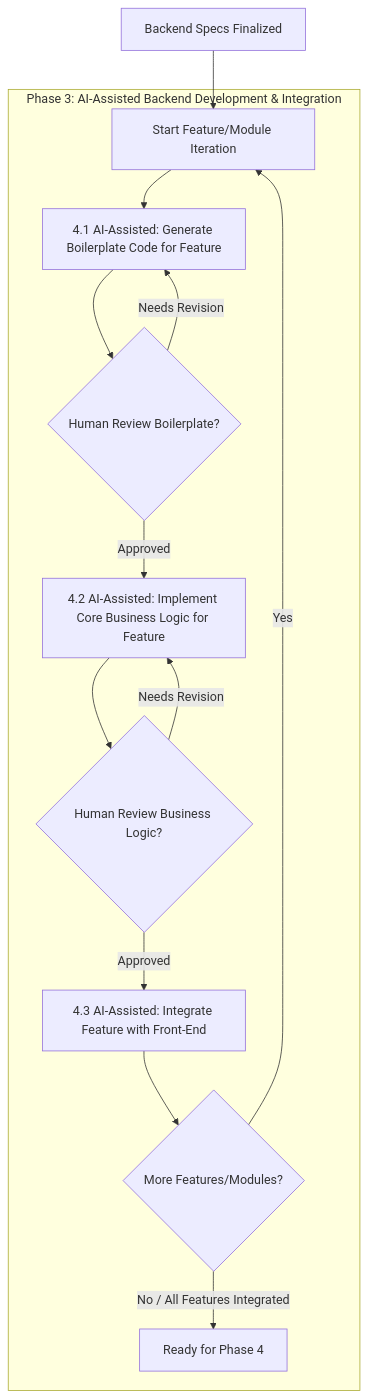
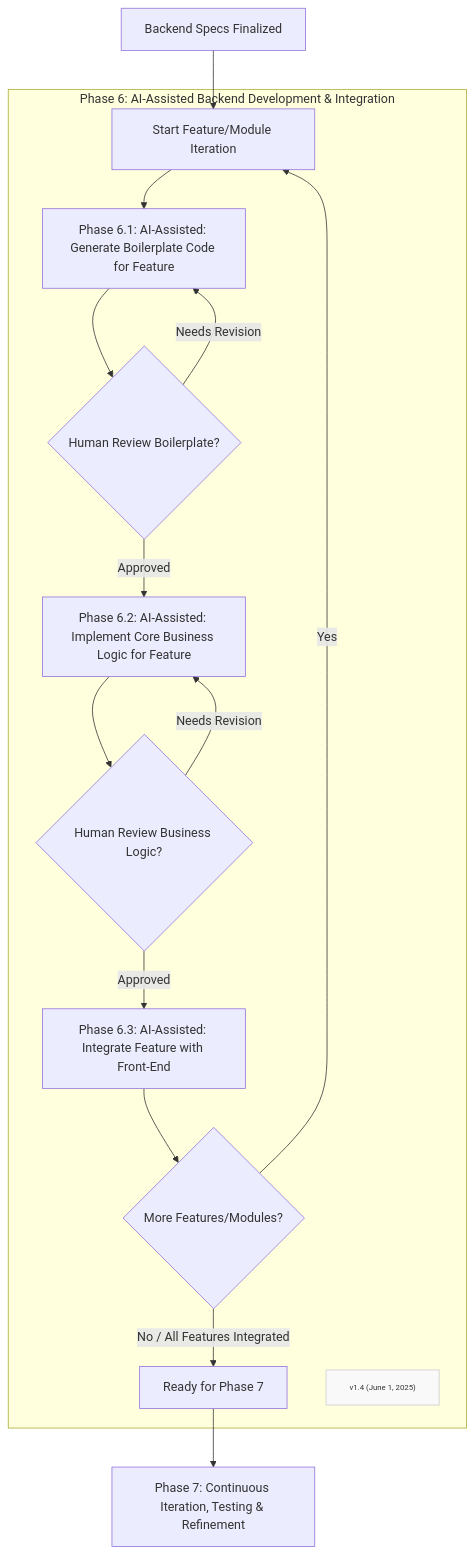
The diagram in Method/FF-phase6.md (Mharbulous/Front-First-Method), drawn with Mermaid before and after one commit. The commit also changed 2 other files, not shown here.

Commit message:
AI built zoomed in diagrams for Phase5, phase6, and Phase6

````diff
--- a/Method/FF-phase6.md
+++ b/Method/FF-phase6.md
@@ -2,17 +2,22 @@
 ```mermaid
 graph TD
     D_Spec["Backend Specs Finalized"] --> D_Loop_Start["Start Feature/Module Iteration"]
     
-    subgraph Phase3 ["Phase 3: AI-Assisted Backend Development & Integration"]
-        D_Loop_Start --> D1["4.1 AI-Assisted: Generate Boilerplate Code for Feature"]
-        D1 --> D1_Val{"Human Review Boilerplate?"}
-        D1_Val -->|Needs Revision| D1
-        D1_Val -->|Approved| D2["4.2 AI-Assisted: Implement Core Business Logic for Feature"]
-        D2 --> D2_Val{"Human Review Business Logic?"}
-        D2_Val -->|Needs Revision| D2
-        D2_Val -->|Approved| D3["4.3 AI-Assisted: Integrate Feature with Front-End"]
-        D3 --> D_Loop_Check{"More Features/Modules?"}
+    subgraph Phase6 ["Phase 6: AI-Assisted Backend Development & Integration"]
+        D_Loop_Start --> Phase6_1["Phase 6.1: AI-Assisted: Generate Boilerplate Code for Feature"]
+        Phase6_1 --> Phase6_1_Val{"Human Review Boilerplate?"}
+        Phase6_1_Val -->|Needs Revision| Phase6_1
+        Phase6_1_Val -->|Approved| Phase6_2["Phase 6.2: AI-Assisted: Implement Core Business Logic for Feature"]
+        Phase6_2 --> Phase6_2_Val{"Human Review Business Logic?"}
+        Phase6_2_Val -->|Needs Revision| Phase6_2
+        Phase6_2_Val -->|Approved| Phase6_3["Phase 6.3: AI-Assisted: Integrate Feature with Front-End"]
+        Phase6_3 --> D_Loop_Check{"More Features/Modules?"}
         D_Loop_Check -->|Yes| D_Loop_Start
-        D_Loop_Check -->|No / All Features Integrated| E1["Ready for Phase 4"]
+        D_Loop_Check -->|No / All Features Integrated| ReadyForPhase7["Ready for Phase 7"]
+        Version["v1.4 (June 1, 2025)"]
+        classDef version fill:#f9f9f9,stroke:#ccc,font-size:10px
+        class Version version
     end
+
+ReadyForPhase7 --> Phase7["Phase 7: Continuous Iteration, Testing & Refinement"]
 ```
````
